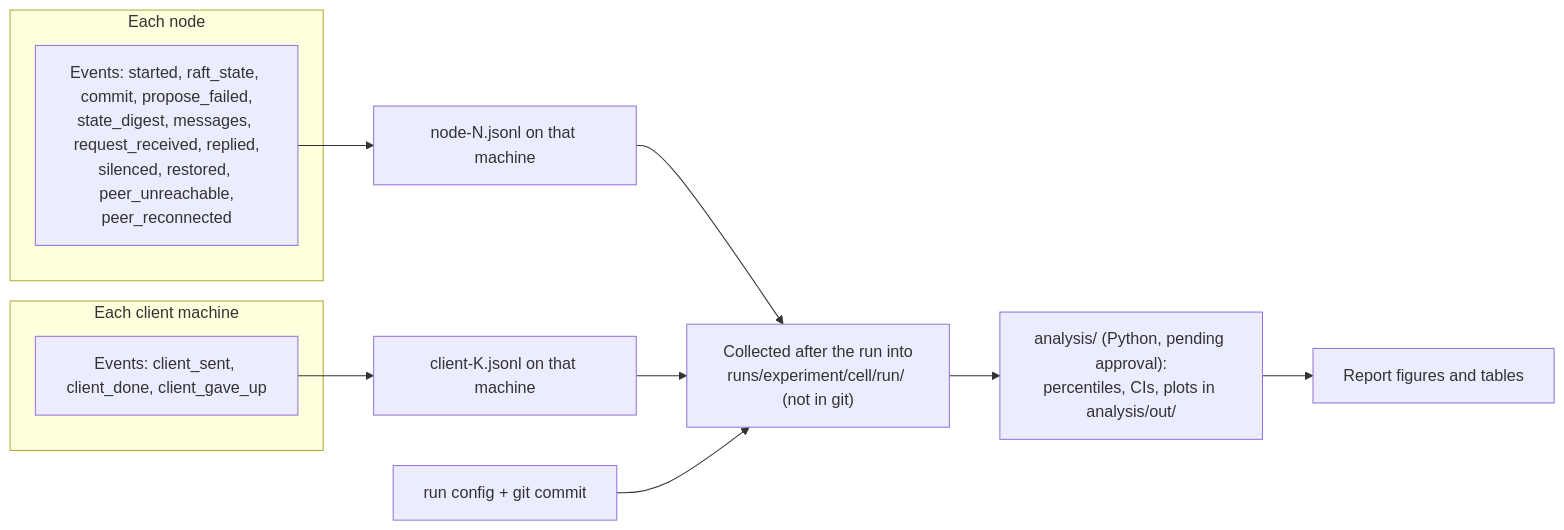
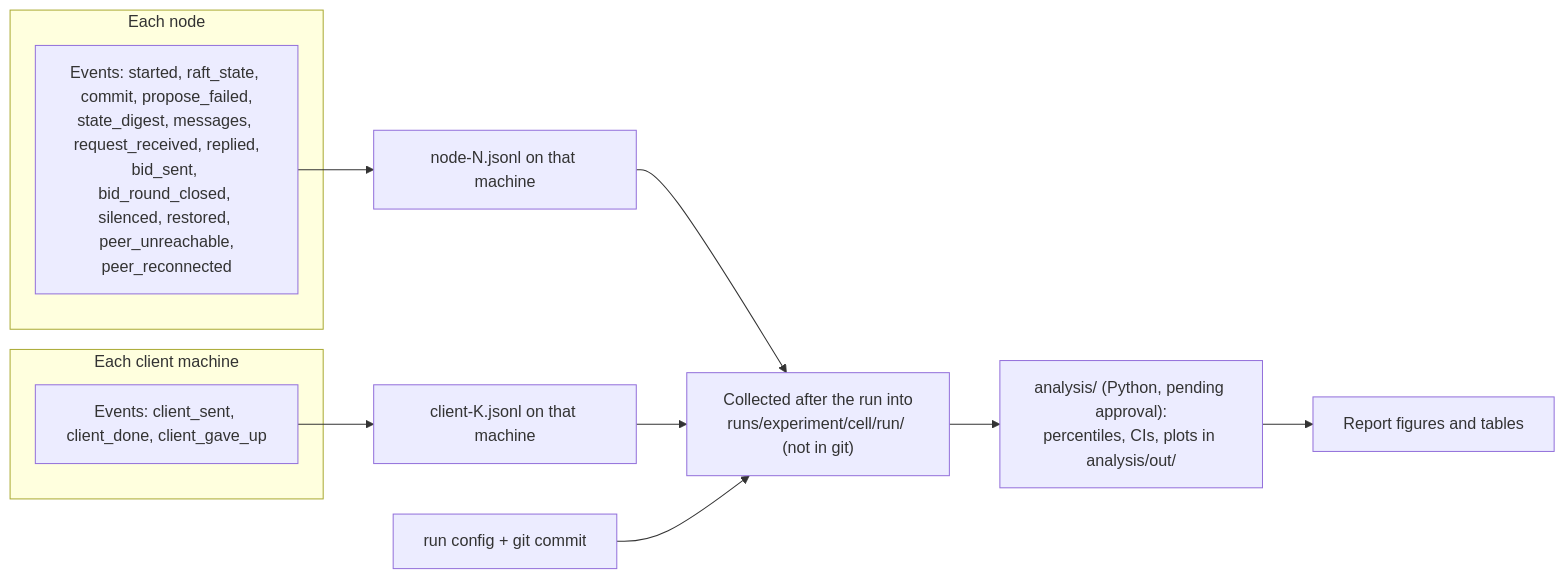
One commit to noortaytoy1/DistributedSystems changed diagram 27 of 27 in docs/architecture.md. Above: the diagram before and after it, drawn with Mermaid. The commit also changed other lines of this file and 14 other files, not shown here.

````diff
--- a/docs/architecture.md
+++ b/docs/architecture.md
@@ -969,16 +972,16 @@
 ```mermaid
 flowchart LR
     subgraph NODE["Each node"]
-        NE["Events: started, raft_state, commit, propose_failed,<br/>state_digest, messages, request_received, replied,<br/>silenced, restored, peer_unreachable,<br/>peer_reconnected"]
+        NE["Events: started, raft_state, commit, propose_failed,<br/>state_digest, messages, request_received, replied,<br/>bid_sent, bid_round_closed, silenced, restored, peer_unreachable,<br/>peer_reconnected"]
     end
     subgraph CLIENT["Each client machine"]
         CE["Events: client_sent, client_done, client_gave_up"]
     end
     NE --> NF["node-N.jsonl on that machine"]
     CE --> CF["client-K.jsonl on that machine"]
     NF --> COL["Collected after the run into<br/>runs/experiment/cell/run/ (not in git)"]
     CF --> COL
     CFG["run config + git commit"] --> COL
     COL --> AN["analysis/ (Python, pending approval):<br/>percentiles, CIs, plots in analysis/out/"]
     AN --> REP["Report figures and tables"]
 ```
````
